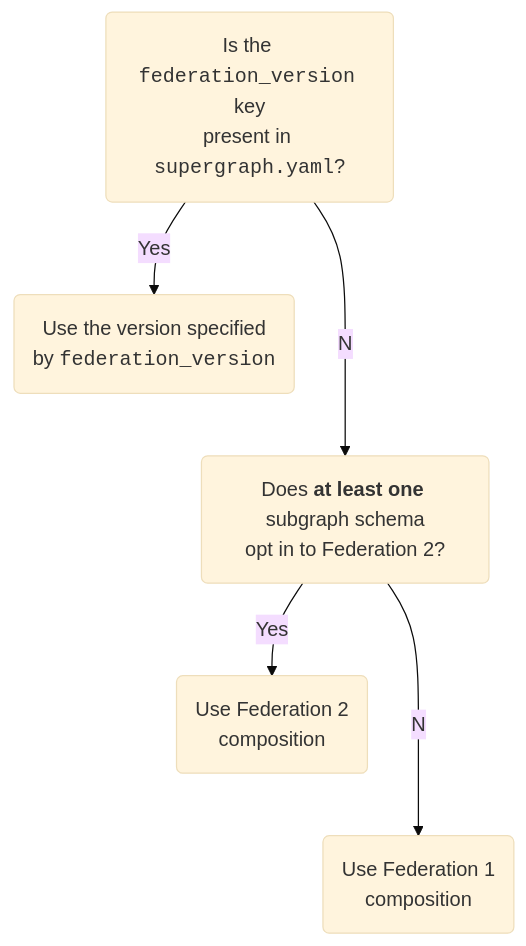
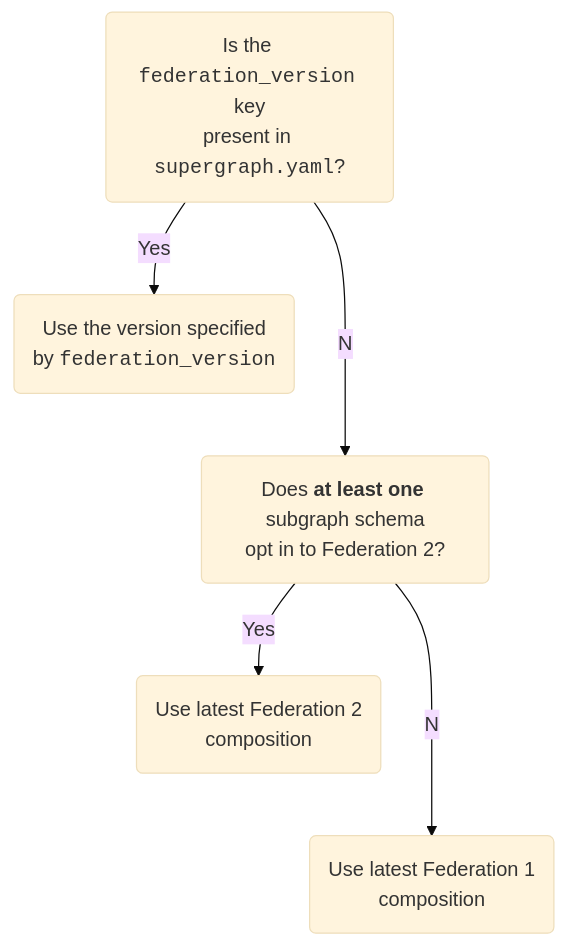
One commit to apollographql/rover changed the second of 2 diagrams in docs/source/commands/supergraphs.mdx. Above: the diagram before and after it, drawn with Mermaid (base theme). The commit also changed other lines of this file and 2 other files, not shown here.

````diff
--- a/docs/source/commands/supergraphs.mdx
+++ b/docs/source/commands/supergraphs.mdx
@@ -129,9 +144,9 @@
 ```mermaid
 flowchart TB;
   version("Is the <code>federation_version</code> key<br/>present in <code>supergraph.yaml</code>?");
   version--No-->optin("Does <strong>at least one</strong> subgraph schema<br/>opt in to Federation 2?");
   version--Yes-->usesetting("Use the version specified<br/>by <code>federation_version</code>");
-  optin--No-->fed1("Use Federation 1<br/>composition");
-  optin--Yes-->fed2("Use Federation 2<br/>composition");
+  optin--No-->fed1("Use latest Federation 1<br/>composition");
+  optin--Yes-->fed2("Use latest Federation 2<br/>composition");
   class usesetting,fed1,fed2 tertiary;
 ```
````
